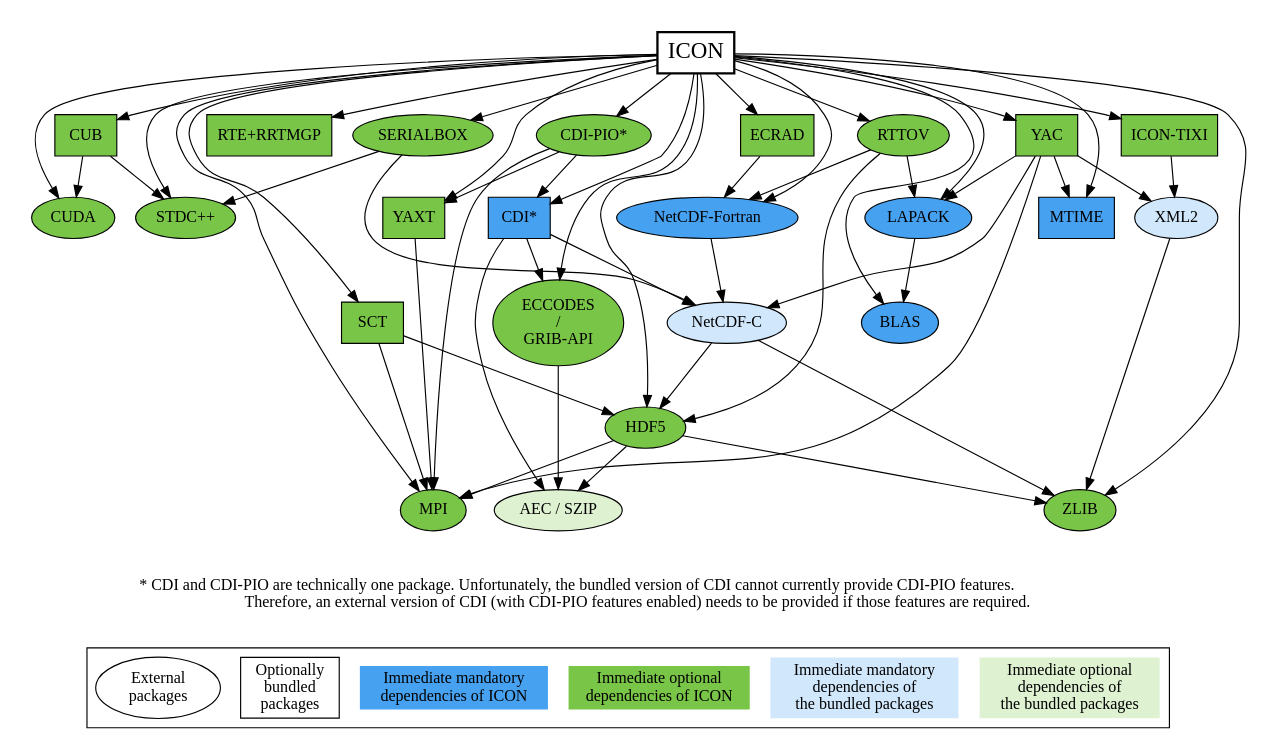
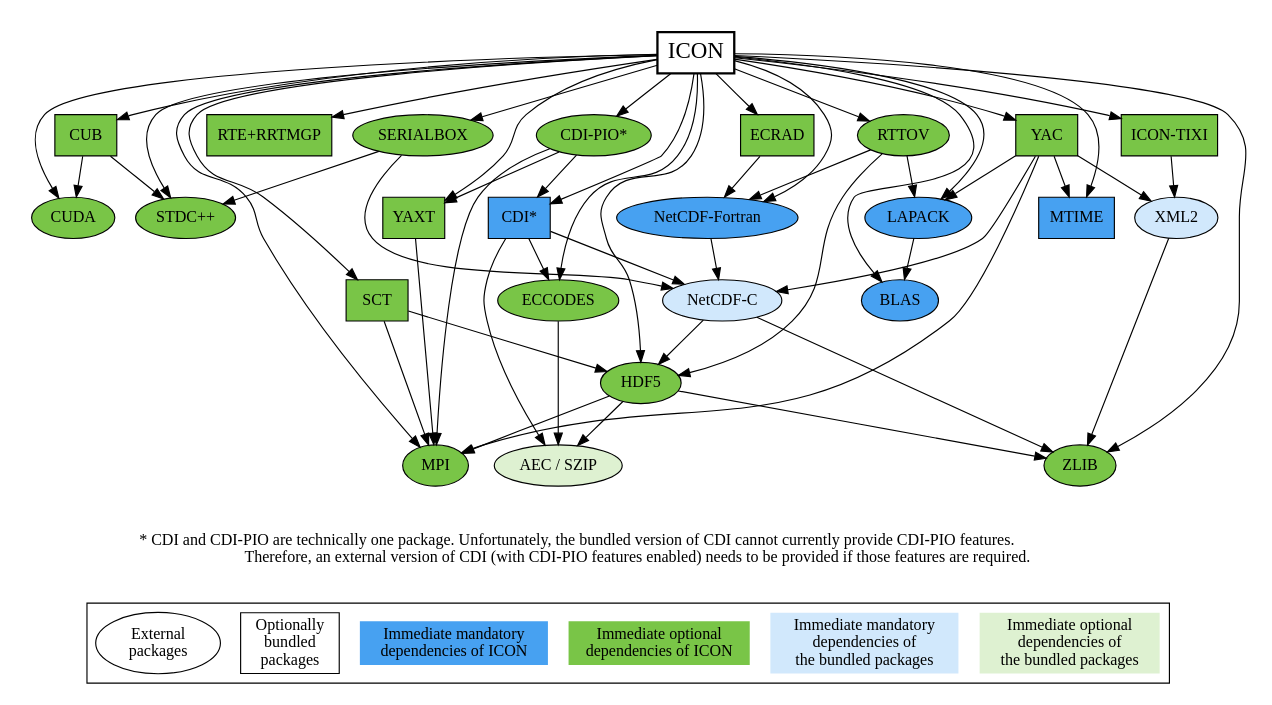
The diagram in doc/config/icon-config-doc-depgraph.dot (muszyna25/ppe_icon_model), drawn with Graphviz before and after one commit. The commit also changed 2 other files, not shown here.

```diff
--- a/doc/config/icon-config-doc-depgraph.dot
+++ b/doc/config/icon-config-doc-depgraph.dot
@@ -1,103 +1,102 @@
 digraph ICON {
 
 	node [style=filled; shape=oval; fontname="italic"; fillcolor="#79C547"];
 
 	subgraph clusterMain {
 
 		graph [peripheries=0];
 
 		"ICON" [shape=box; fillcolor=white; fontsize=20; penwidth=2.0];
 		"ICON" -> {"STDC++"; "CUDA"; "CUB"; "MPI"; "NetCDF-Fortran"; "RTE+RRTMGP";
 			       "ECRAD"; "RTTOV"; "SCT"; "YAXT"; "CDI*"; "CDI-PIO*"; "SERIALBOX";
 			       "MTIME"; "BLAS"; "LAPACK"; "YAC"; "ICON-TIXI";
-			       "ECCODES\n/\nGRIB-API"; "HDF5"; "ZLIB"};
+			       "ECCODES"; "HDF5"; "ZLIB"};
 
 		"STDC++";
 
 		"CUDA";
 
 		"CUB" [shape=box];
 		"CUB" -> {"CUDA"; "STDC++"};
-
 
 		"MPI";
 
 		"NetCDF-Fortran" [shape=oval; fillcolor="#47A1F1"]
 		"NetCDF-Fortran" -> {"NetCDF-C"};
 
 		"RTE+RRTMGP" [shape=box];
 
 		"ECRAD" [shape=box];
 		"ECRAD" -> {"NetCDF-Fortran"};
 
 		"RTTOV";
 		"RTTOV" -> {"NetCDF-Fortran"; "LAPACK"; "HDF5"};
 
 		"SCT" [shape=box];
 		"SCT" -> {"MPI"; "HDF5"};
 
 		"YAXT" [shape=box];
 		"YAXT" -> {"MPI"};
 
 		"CDI*" [shape=box; fillcolor="#47A1F1"];
-		"CDI*" -> {"ECCODES\n/\nGRIB-API"; "NetCDF-C"; "AEC / SZIP"};
+		"CDI*" -> {"ECCODES"; "NetCDF-C"; "AEC / SZIP"};
 
 		"CDI-PIO*";
 		"CDI-PIO*" -> {"MPI"; "YAXT"; "CDI*"};
 
 		"SERIALBOX";
 		"SERIALBOX" -> {"STDC++"; "NetCDF-C"};
 
 		"MTIME" [shape=box; fillcolor="#47A1F1"];
 
 		"BLAS" [fillcolor="#47A1F1"];
 
 		"LAPACK" [fillcolor="#47A1F1"];
 		"LAPACK" -> {"BLAS"};
 
 		"YAC" [shape=box];
 		"YAC" -> {"MPI"; "MTIME"; "LAPACK"; "NetCDF-C"; "XML2"};
 
 		"ICON-TIXI" [shape=box];
 		"ICON-TIXI" -> {"XML2"};
 
-		"ECCODES\n/\nGRIB-API";
-		"ECCODES\n/\nGRIB-API" -> {"AEC / SZIP"};
+		"ECCODES";
+		"ECCODES" -> {"AEC / SZIP"};
 
 		"HDF5";
 		"HDF5" -> {"MPI"; "ZLIB"; "AEC / SZIP"};
 
 		"ZLIB";
 
 		"NetCDF-C" [fillcolor="#D1E8FC"];
 		"NetCDF-C" -> {"HDF5"; "ZLIB"};
 
 		"AEC / SZIP" [fillcolor="#DEF1D1"];
 		"AEC / SZIP";
 
 		"XML2" [fillcolor="#D1E8FC"];
 		"XML2" -> {"ZLIB"};
 
 		{
 			rank=sink;
 			bottomNode [label="* CDI and CDI-PIO are technically one package. Unfortunately, the bundled version of CDI cannot currently provide CDI-PIO features.\lTherefore, an external version of CDI (with CDI-PIO features enabled) needs to be provided if those features are required."; shape=plaintext; fillcolor=white];
 			# bottomNode [shape=point; style=invis];
 		}
 	}
 
 	subgraph clusterLegend {
 		{
 			rank=same;
 			external -> bundled -> mandatoryIcon -> optionalIcon -> mandatoryBundled -> optionalBundled [style=invis];
 			external [label="External\npackages"; fillcolor=white];
 			bundled [label="Optionally\nbundled\npackages"; shape=box; fillcolor=white];
 			mandatoryIcon [label="Immediate mandatory\ndependencies of ICON"; shape=plaintext; fillcolor="#47A1F1"];
 			optionalIcon [label="Immediate optional\ndependencies of ICON"; shape=plaintext];
 			mandatoryBundled [label="Immediate mandatory\ndependencies of\nthe bundled packages"; shape=plaintext; fillcolor="#D1E8FC"];
 			optionalBundled [label="Immediate optional\ndependencies of\nthe bundled packages"; shape=plaintext; fillcolor="#DEF1D1"];
 		}
 	}
 
 	bottomNode -> optionalIcon:nw [style=invis];
 	# bottomNode -> external:nw [style=invis];
 }
```
